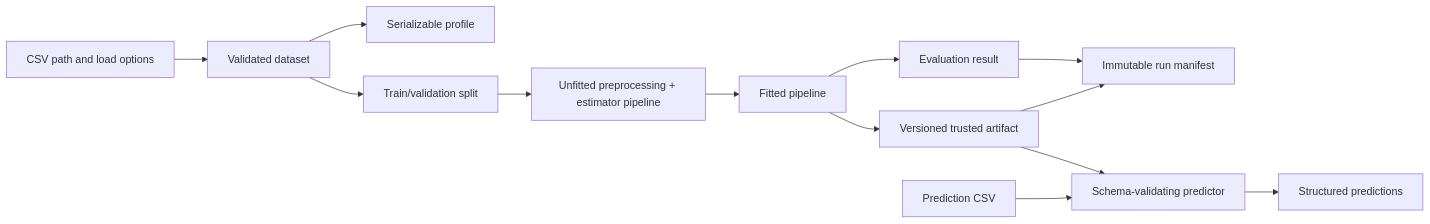
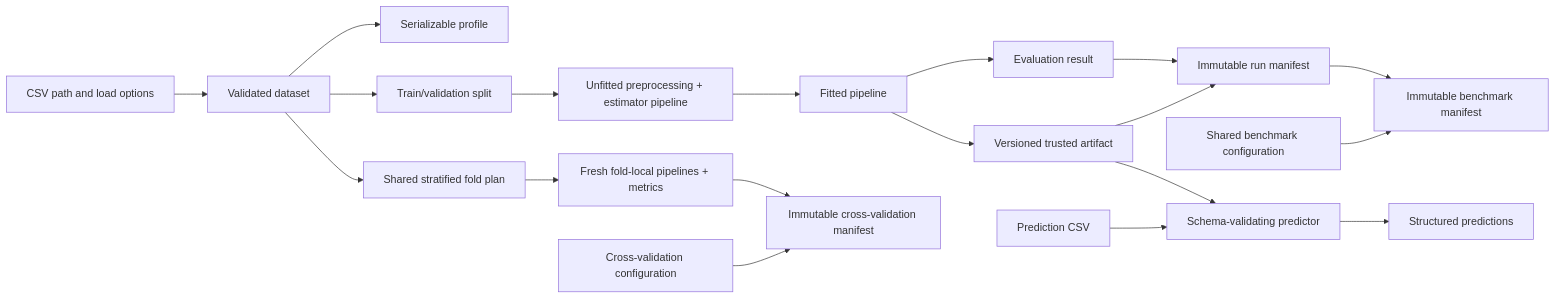
The diagram in docs/architecture.md (HivMindAI/mlforge), drawn with Mermaid before and after one commit. The commit also changed other lines of this file and 39 other files, not shown here.

````diff
--- a/docs/architecture.md
+++ b/docs/architecture.md
@@ -38,15 +38,21 @@
 ```mermaid
 flowchart LR
     A["CSV path and load options"] --> B["Validated dataset"]
     B --> C["Serializable profile"]
     B --> D["Train/validation split"]
     D --> E["Unfitted preprocessing + estimator pipeline"]
     E --> F["Fitted pipeline"]
     F --> G["Evaluation result"]
     G --> I["Immutable run manifest"]
+    I --> M["Immutable benchmark manifest"]
+    N["Shared benchmark configuration"] --> M
+    B --> O["Shared stratified fold plan"]
+    O --> P["Fresh fold-local pipelines + metrics"]
+    P --> Q["Immutable cross-validation manifest"]
+    R["Cross-validation configuration"] --> Q
     F --> H["Versioned trusted artifact"]
     H --> I
     H --> J["Schema-validating predictor"]
     K["Prediction CSV"] --> J
     J --> L["Structured predictions"]
 ```
````
